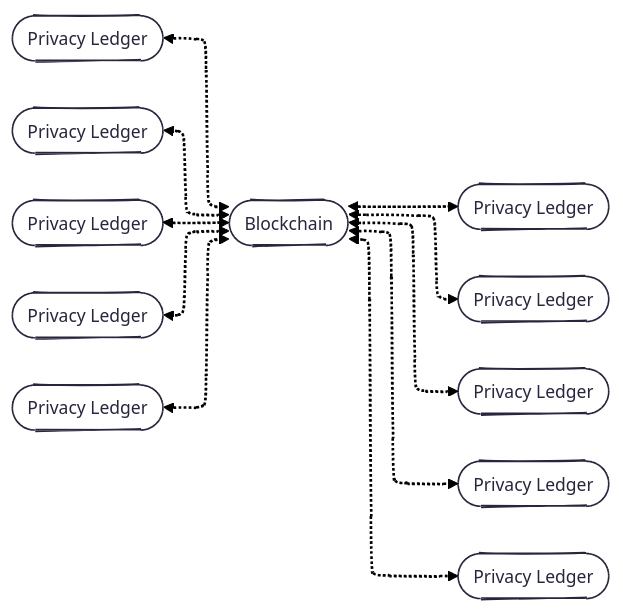
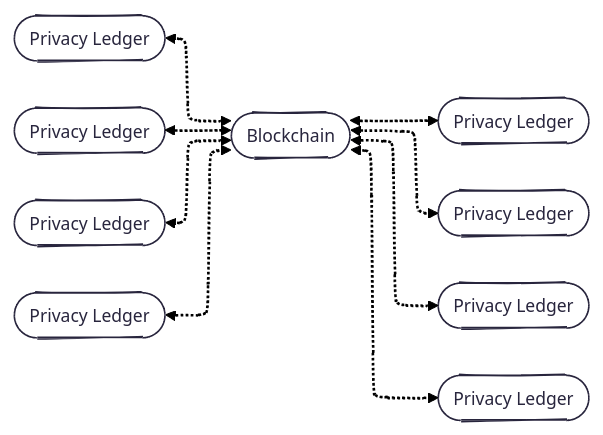
Before and after one commit to raylsnetwork/Enygma: the first of 2 diagrams in enygma_payments/README.md, drawn with Mermaid.

Commit message:
Simplify protocol diagram by removing PLX and PLZ
Removed PLX and PLZ from the protocol diagram for simplification.

````diff
--- a/enygma_payments/README.md
+++ b/enygma_payments/README.md
@@ -5,23 +5,21 @@
 ```mermaid
 ---
 config:
   theme: redux
   layout: elk
   look: handDrawn
 ---
 flowchart LR
     PLA(["Privacy Ledger"])
     PLB(["Privacy Ledger"])
     PLC(["Privacy Ledger"])
     PLD(["Privacy Ledger"])
-    PLX(["Privacy Ledger"])
 
     B(["Blockchain"])
     PLE(["Privacy Ledger"])
     PLF(["Privacy Ledger"])
     PLG(["Privacy Ledger"])
     PLH(["Privacy Ledger"])
-    PLZ(["Privacy Ledger"])
 
-    PLA & PLB & PLC & PLD & PLX <-.-> B <-.-> PLE & PLF & PLG & PLH & PLZ
+    PLA & PLB & PLC & PLD <-.-> B <-.-> PLE & PLF & PLG & PLH
 ```
````
